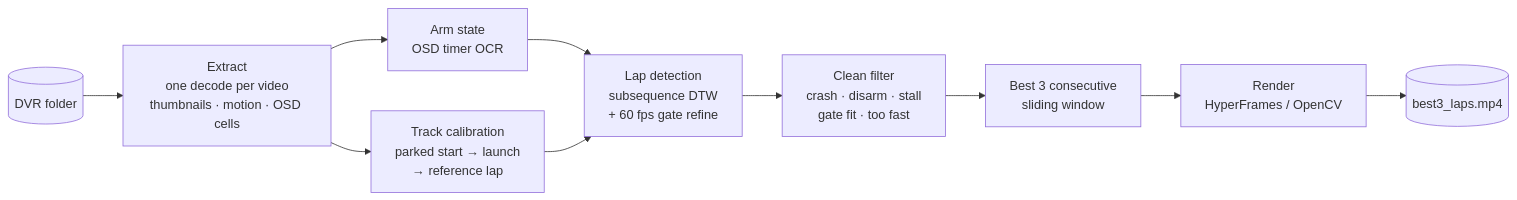
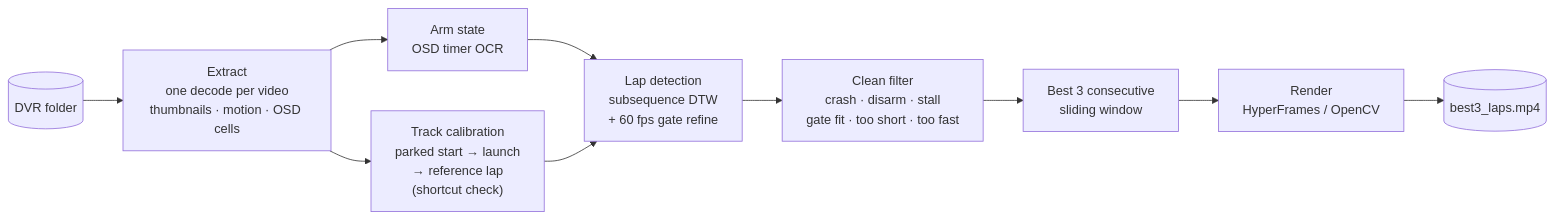
One commit to irom77/Racegow changed the diagram in README.md. Above: the diagram before and after it, drawn with Mermaid. The commit also changed other lines of this file, not shown here.

Commit message:
README: shortcut check and the official layout as reference

````diff
--- a/README.md
+++ b/README.md
@@ -85,12 +93,12 @@
 ```mermaid
 flowchart LR
     V[("DVR folder")] --> X["Extract<br/>one decode per video<br/>thumbnails · motion · OSD cells"]
     X --> A["Arm state<br/>OSD timer OCR"]
-    X --> C["Track calibration<br/>parked start → launch<br/>→ reference lap"]
+    X --> C["Track calibration<br/>parked start → launch<br/>→ reference lap<br/>(shortcut check)"]
     A --> D
     C --> D["Lap detection<br/>subsequence DTW<br/>+ 60 fps gate refine"]
-    D --> F["Clean filter<br/>crash · disarm · stall<br/>gate fit · too fast"]
+    D --> F["Clean filter<br/>crash · disarm · stall<br/>gate fit · too short · too fast"]
     F --> W["Best 3 consecutive<br/>sliding window"]
     W --> R["Render<br/>HyperFrames / OpenCV"]
     R --> O[("best3_laps.mp4")]
 ```
````
